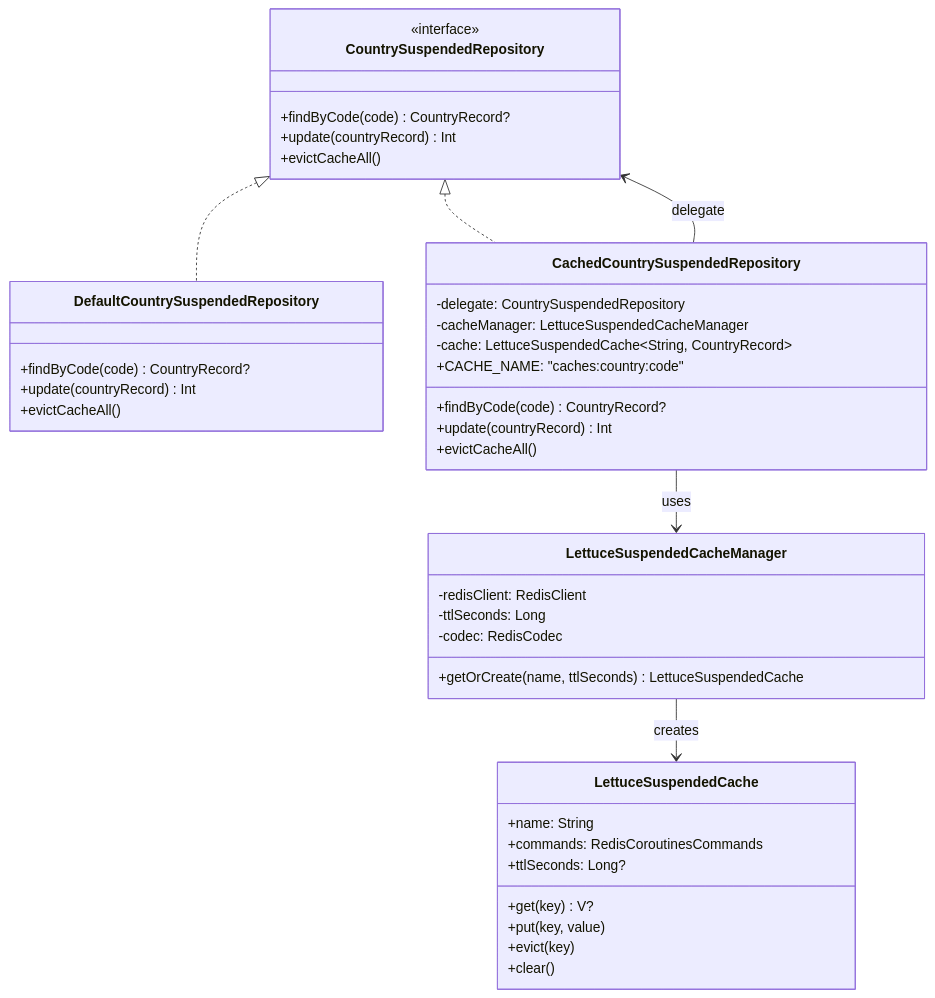
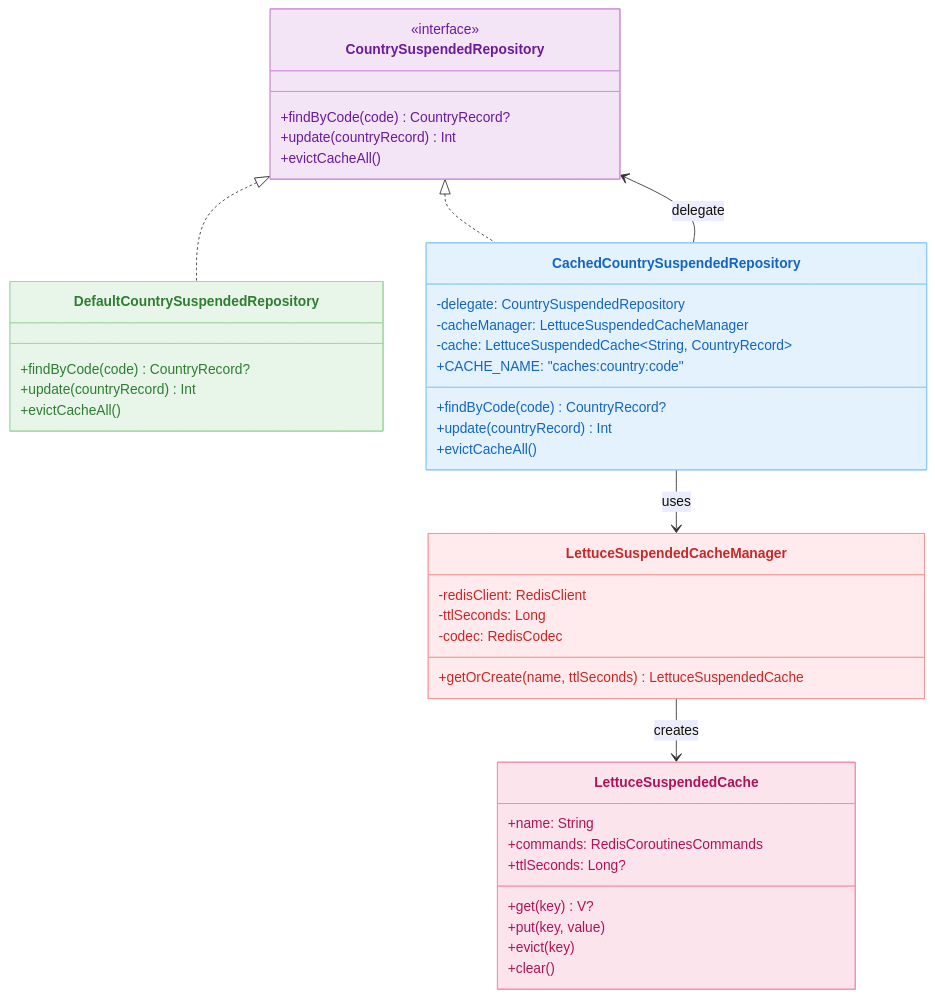
One commit to bluetape4k/exposed-workshop changed the second of 4 diagrams in 09-spring/07-spring-suspended-cache/README.md. Above: the diagram before and after it, drawn with Mermaid. The commit also changed other lines of this file and 56 other files, not shown here.

First line of the commit message:
docs: 전체 README mermaid 다이어그램에 파스텔 톤 색상 적용

````diff
--- a/09-spring/07-spring-suspended-cache/README.md
+++ b/09-spring/07-spring-suspended-cache/README.md
@@ -33,44 +33,50 @@
 ```mermaid
 classDiagram
     class CountrySuspendedRepository {
         <<interface>>
         +findByCode(code) CountryRecord?
         +update(countryRecord) Int
         +evictCacheAll()
     }
     class DefaultCountrySuspendedRepository {
         +findByCode(code) CountryRecord?
         +update(countryRecord) Int
         +evictCacheAll()
     }
     class CachedCountrySuspendedRepository {
         -delegate: CountrySuspendedRepository
         -cacheManager: LettuceSuspendedCacheManager
         -cache: LettuceSuspendedCache~String, CountryRecord~
         +CACHE_NAME: "caches:country:code"
         +findByCode(code) CountryRecord?
         +update(countryRecord) Int
         +evictCacheAll()
     }
     class LettuceSuspendedCacheManager {
         -redisClient: RedisClient
         -ttlSeconds: Long
         -codec: RedisCodec
         +getOrCreate(name, ttlSeconds) LettuceSuspendedCache
     }
     class LettuceSuspendedCache {
         +name: String
         +commands: RedisCoroutinesCommands
         +ttlSeconds: Long?
         +get(key) V?
         +put(key, value)
         +evict(key)
         +clear()
     }
 
     CountrySuspendedRepository <|.. DefaultCountrySuspendedRepository
     CountrySuspendedRepository <|.. CachedCountrySuspendedRepository
     CachedCountrySuspendedRepository --> CountrySuspendedRepository : delegate
     CachedCountrySuspendedRepository --> LettuceSuspendedCacheManager : uses
     LettuceSuspendedCacheManager --> LettuceSuspendedCache : creates
+
+    style CountrySuspendedRepository fill:#F3E5F5,stroke:#CE93D8,color:#6A1B9A
+    style DefaultCountrySuspendedRepository fill:#E8F5E9,stroke:#A5D6A7,color:#2E7D32
+    style CachedCountrySuspendedRepository fill:#E3F2FD,stroke:#90CAF9,color:#1565C0
+    style LettuceSuspendedCacheManager fill:#FFEBEE,stroke:#EF9A9A,color:#C62828
+    style LettuceSuspendedCache fill:#FCE4EC,stroke:#F48FB1,color:#AD1457
 ```
````
